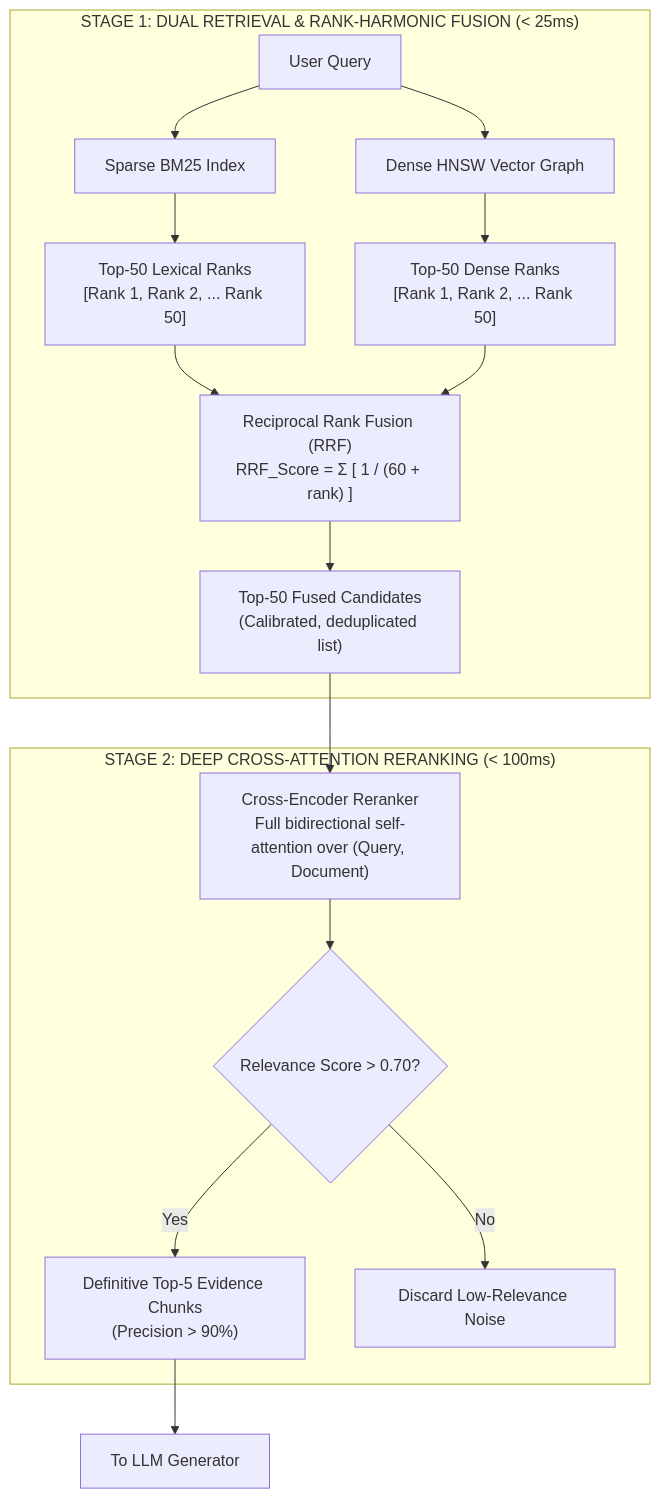
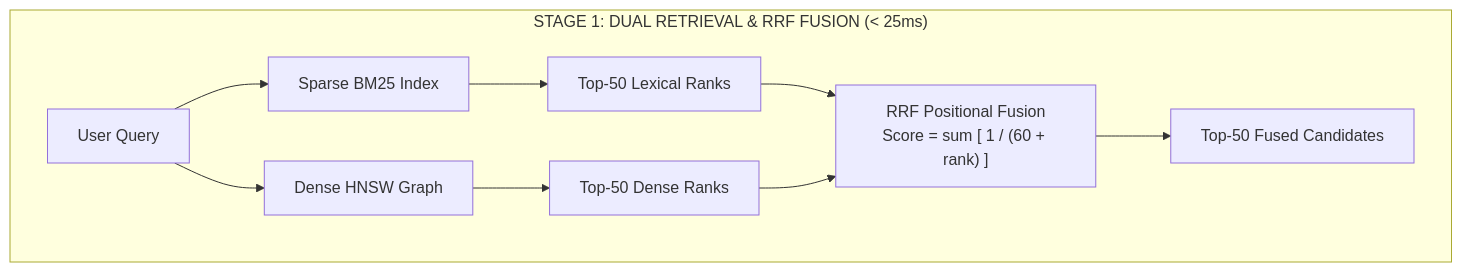
Before and after one commit to dip4k/senior-engineer-to-ai-engineer-roadmap: the first of 3 diagrams in 02-rag-and-knowledge-systems/04-reciprocal-rank-fusion-and-cross-encoders.md, drawn with Mermaid. The commit also changed other lines of this file and 10 other files, not shown here.

````diff
--- a/02-rag-and-knowledge-systems/04-reciprocal-rank-fusion-and-cross-encoders.md
+++ b/02-rag-and-knowledge-systems/04-reciprocal-rank-fusion-and-cross-encoders.md
@@ -53,21 +56,12 @@
 ```mermaid
 flowchart TD
-    subgraph Stage1["STAGE 1: DUAL RETRIEVAL & RANK-HARMONIC FUSION (< 25ms)"]
+    subgraph Stage1["STAGE 1: DUAL RETRIEVAL & RRF FUSION (< 25ms)"]
         Q["User Query"] --> BM25["Sparse BM25 Index"]
-        Q --> HNSW["Dense HNSW Vector Graph"]
-        BM25 --> TopBM25["Top-50 Lexical Ranks<br>[Rank 1, Rank 2, ... Rank 50]"]
-        HNSW --> TopDense["Top-50 Dense Ranks<br>[Rank 1, Rank 2, ... Rank 50]"]
-        TopBM25 --> RRF["Reciprocal Rank Fusion (RRF)<br>RRF_Score = Σ [ 1 / (60 + rank) ]"]
+        Q --> HNSW["Dense HNSW Graph"]
+        BM25 --> TopBM25["Top-50 Lexical Ranks"]
+        HNSW --> TopDense["Top-50 Dense Ranks"]
+        TopBM25 --> RRF["RRF Positional Fusion<br>Score = sum [ 1 / (60 + rank) ]"]
         TopDense --> RRF
-        RRF --> Fused["Top-50 Fused Candidates<br>(Calibrated, deduplicated list)"]
+        RRF --> Fused["Top-50 Fused Candidates"]
     end
-
-    subgraph Stage2["STAGE 2: DEEP CROSS-ATTENTION RERANKING (< 100ms)"]
-        Fused --> Cross["Cross-Encoder Reranker<br>Full bidirectional self-attention over (Query, Document)"]
-        Cross --> Filter{"Relevance Score > 0.70?"}
-        Filter -- "Yes" --> Top5["Definitive Top-5 Evidence Chunks<br>(Precision > 90%)"]
-        Filter -- "No" --> Drop["Discard Low-Relevance Noise"]
-    end
-
-    Top5 --> LLM["To LLM Generator"]
 ```
````
